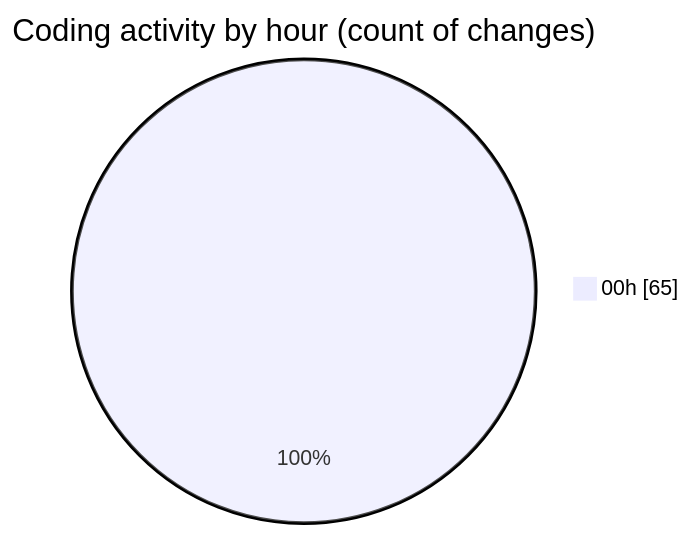
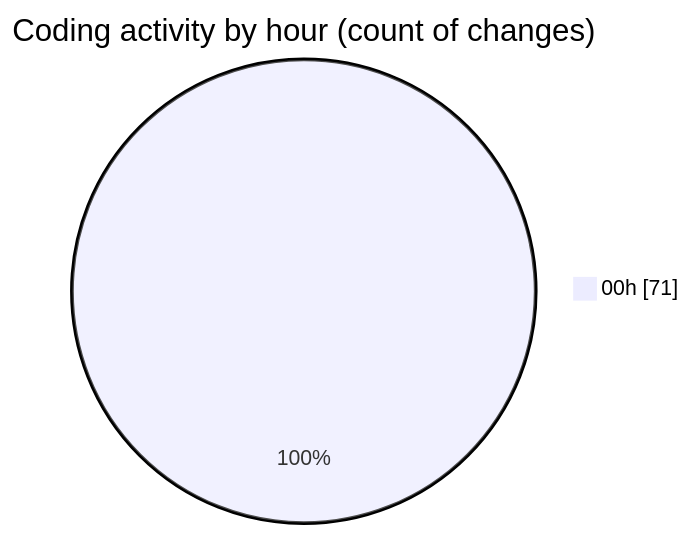
The second of 2 diagrams in 2025-08-16/rentotp/README.md (lephambinh05/code-tracking), drawn with Mermaid before and after one commit. The commit also changed other lines of this file and 1 other file, not shown here.

````diff
--- a/2025-08-16/rentotp/README.md
+++ b/2025-08-16/rentotp/README.md
@@ -42,5 +42,5 @@
 ```mermaid
 pie showData
 title Coding activity by hour (count of changes)
-"00h" : 65
+"00h" : 71
 ```
````
